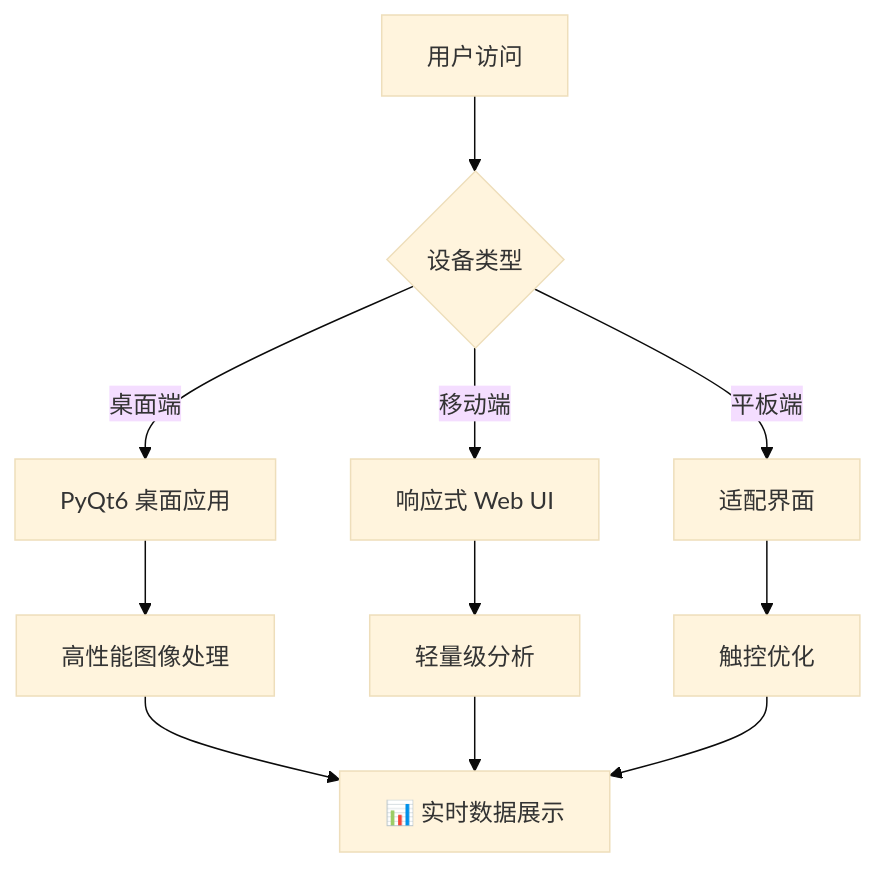
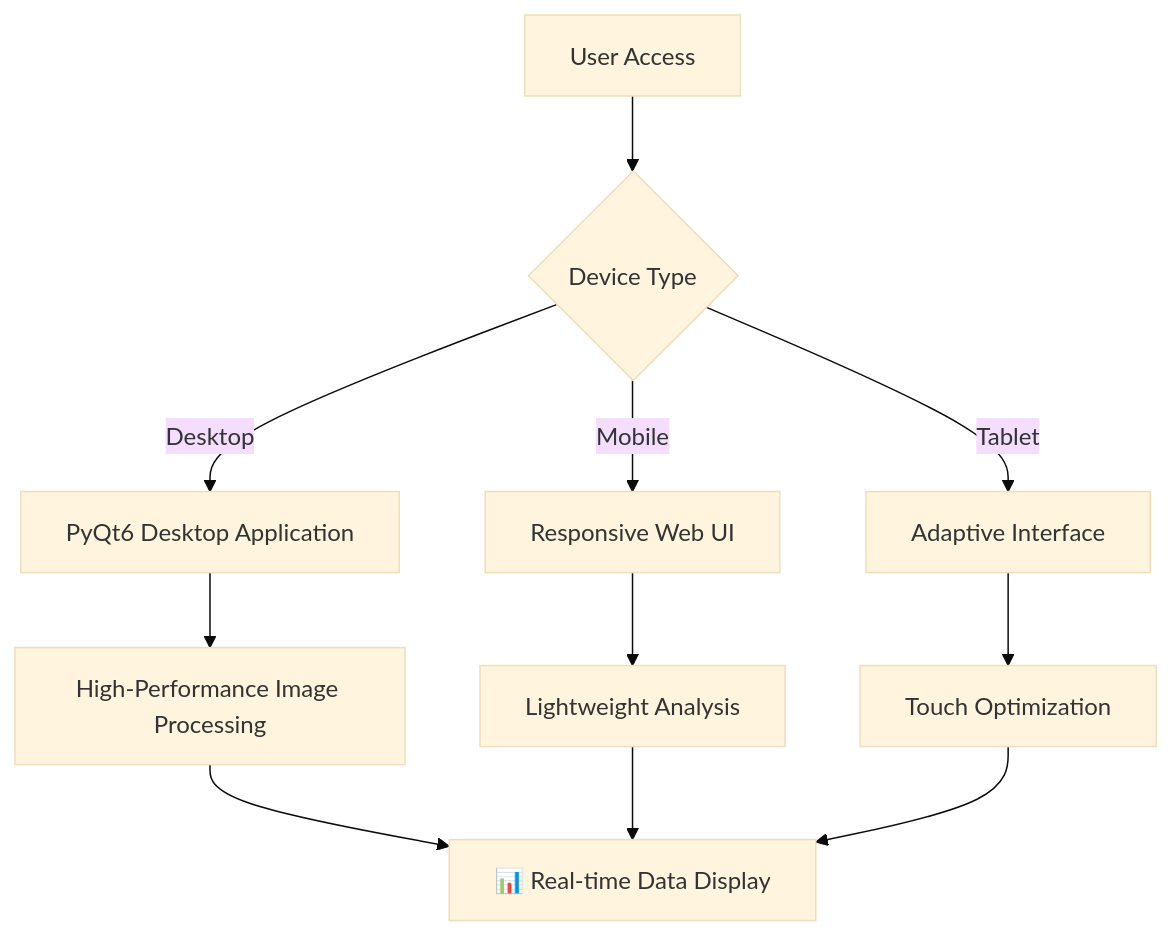
One commit to YangShengzhou03/RailwayOCR changed the first of 3 diagrams in README.md. Above: the diagram before and after it, drawn with Mermaid (base theme). The commit also changed other lines of this file and 3 other files, not shown here.

````diff
--- a/README.md
+++ b/README.md
@@ -148,15 +148,15 @@
 ```mermaid
 graph TD
-    A[用户访问] --> B{设备类型}
-    B -->|桌面端| C[PyQt6 桌面应用]
-    B -->|移动端| D[响应式 Web UI]
-    B -->|平板端| E[适配界面]
+    A[User Access] --> B{Device Type}
+    B -->|Desktop| C[PyQt6 Desktop Application]
+    B -->|Mobile| D[Responsive Web UI]
+    B -->|Tablet| E[Adaptive Interface]
     
-    C --> F[高性能图像处理]
-    D --> G[轻量级分析]
-    E --> H[触控优化]
+    C --> F[High-Performance Image Processing]
+    D --> G[Lightweight Analysis]
+    E --> H[Touch Optimization]
     
-    F --> I[📊 实时数据展示]
+    F --> I[📊 Real-time Data Display]
     G --> I
     H --> I
 ```
````
